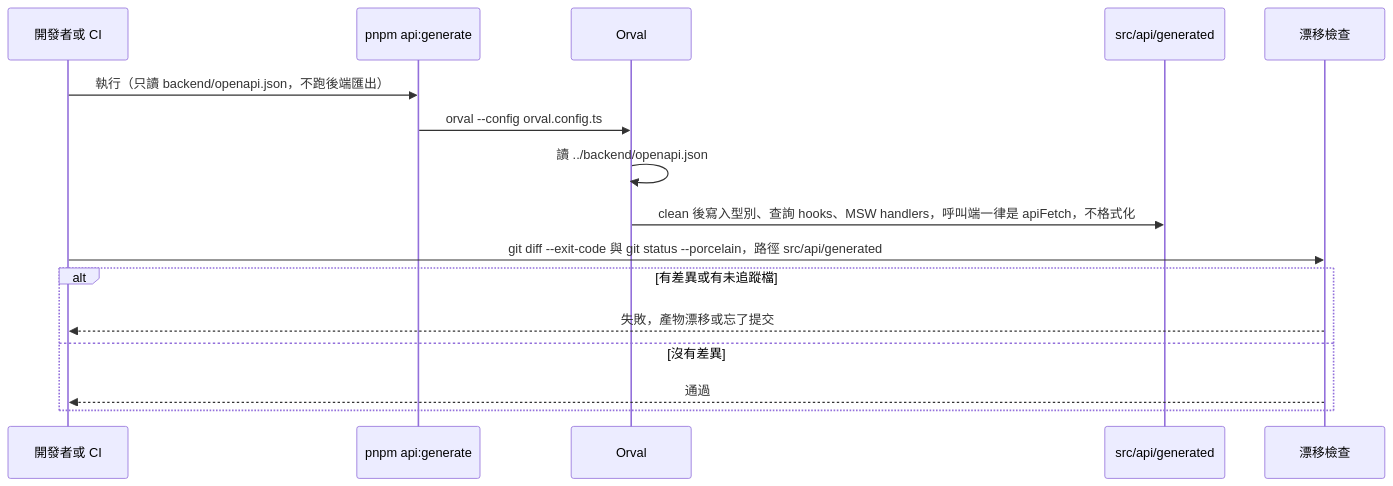
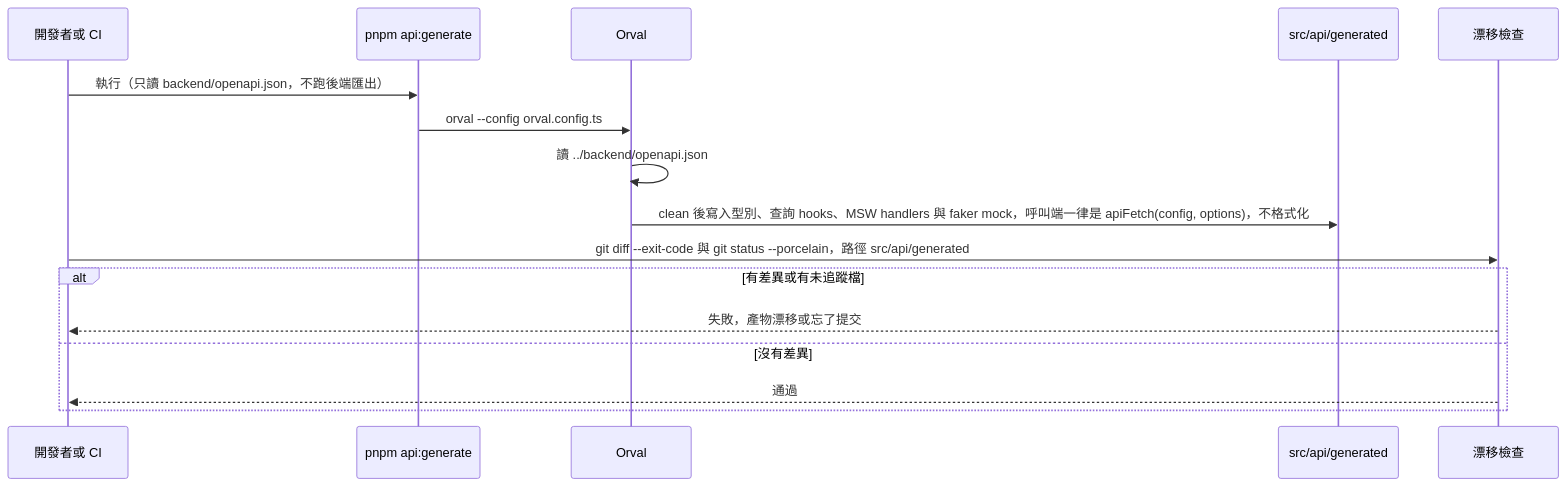
Before and after one commit to label-suite/label-suite: diagram 12 of 14 in openspec/changes/frontend-skeleton/system-design.md, drawn with Mermaid. The commit also changed other lines of this file and 2 other files, not shown here.

First line of the commit message:
docs: record Q20 and align frontend contract with Orval output (#505)

````diff
--- a/openspec/changes/frontend-skeleton/system-design.md
+++ b/openspec/changes/frontend-skeleton/system-design.md
@@ -794,18 +795,18 @@
 ```mermaid
 sequenceDiagram
   participant Dev as 開發者或 CI
   participant Script as pnpm api:generate
   participant Orval
   participant Gen as src/api/generated
   participant Check as 漂移檢查
   Dev->>Script: 執行（只讀 backend/openapi.json，不跑後端匯出）
   Script->>Orval: orval --config orval.config.ts
   Orval->>Orval: 讀 ../backend/openapi.json
-  Orval->>Gen: clean 後寫入型別、查詢 hooks、MSW handlers，呼叫端一律是 apiFetch，不格式化
+  Orval->>Gen: clean 後寫入型別、查詢 hooks、MSW handlers 與 faker mock，呼叫端一律是 apiFetch(config, options)，不格式化
   Dev->>Check: git diff --exit-code 與 git status --porcelain，路徑 src/api/generated
   alt 有差異或有未追蹤檔
     Check-->>Dev: 失敗，產物漂移或忘了提交
   else 沒有差異
     Check-->>Dev: 通過
   end
 ```
````
